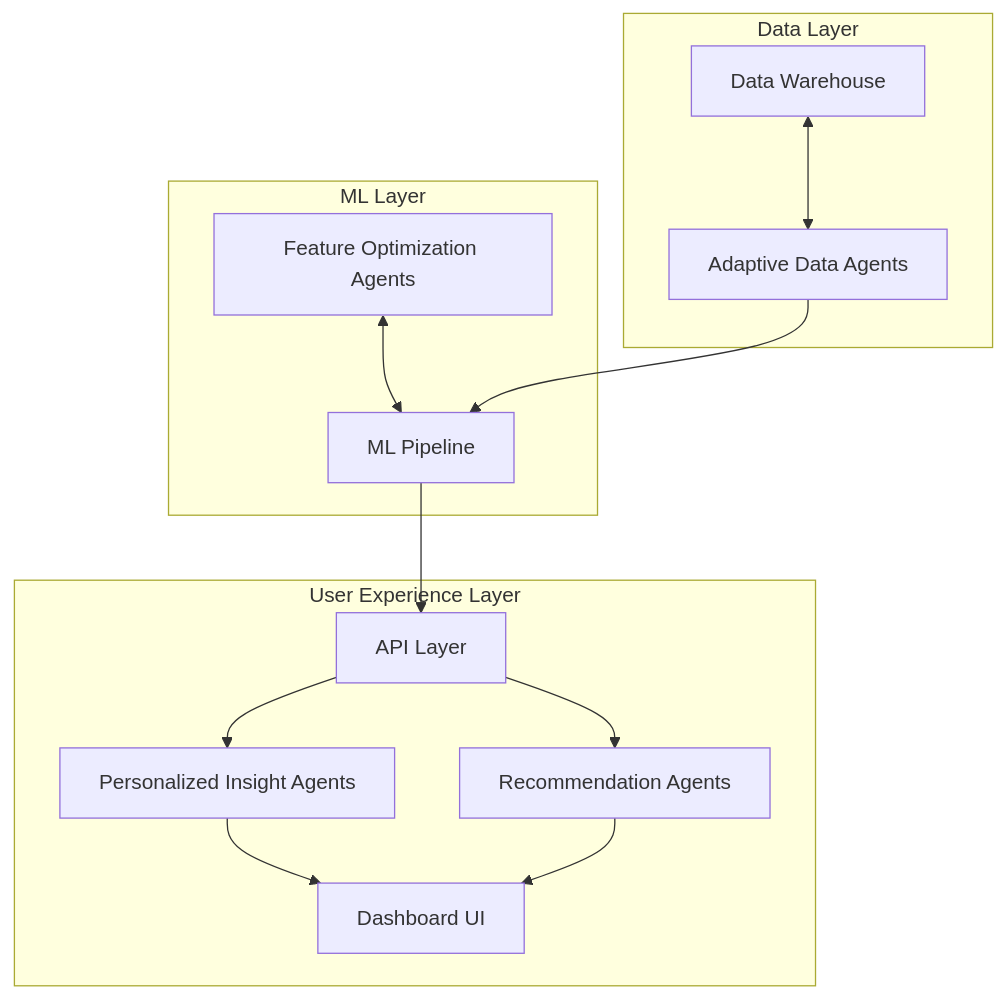
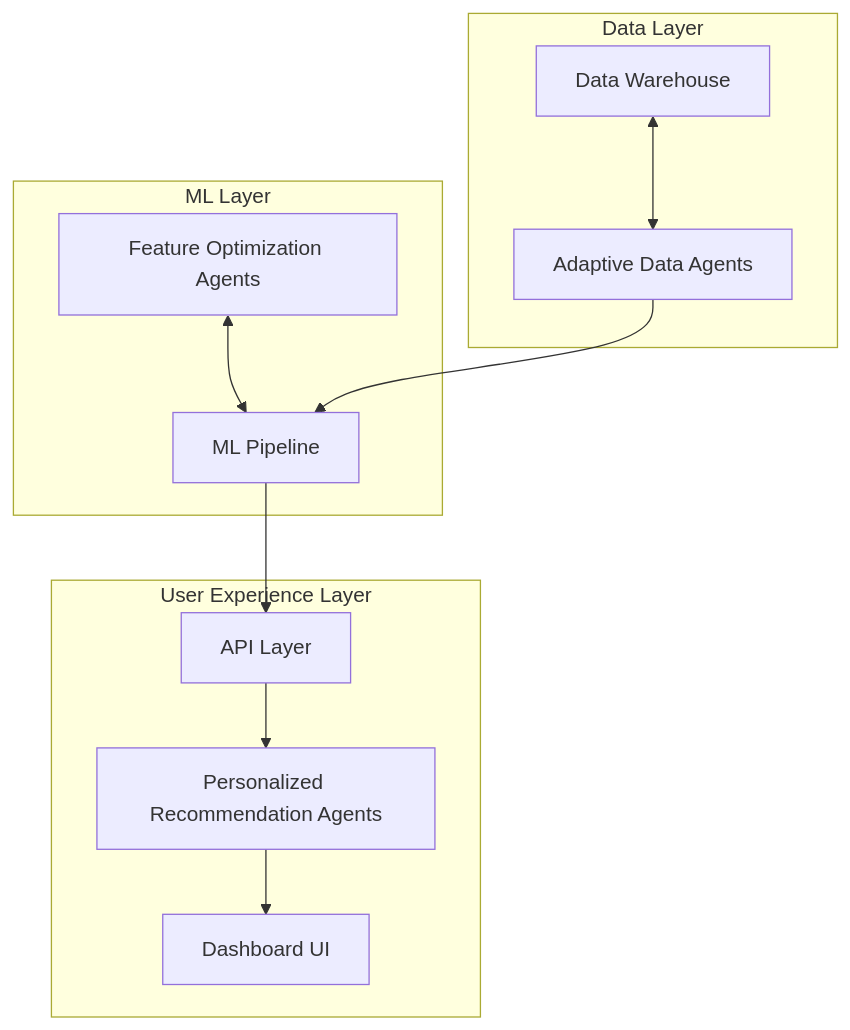
Diagram 11 of 12 in README.md (NitishShandilya/SalesPrediction), drawn with Mermaid before and after one commit. The commit also changed other lines of this file, not shown here.

````diff
--- a/README.md
+++ b/README.md
@@ -953,28 +953,25 @@
 ```mermaid
 flowchart TD
     subgraph "Data Layer"
         ADA[Adaptive Data Agents]
         DW[Data Warehouse]
         DW <--> ADA
     end
     
     subgraph "ML Layer"
         FOA[Feature Optimization Agents]
         ML[ML Pipeline]
         FOA <--> ML
     end
     
     subgraph "User Experience Layer"
-        PIA[Personalized Insight Agents]
-        RA[Recommendation Agents]
+        PIA[Personalized Recommendation Agents]
         API[API Layer]
         UI[Dashboard UI]
         API --> PIA
-        API --> RA
         PIA --> UI
-        RA --> UI
     end
     
     ADA --> ML
     ML --> API
 ```
````
